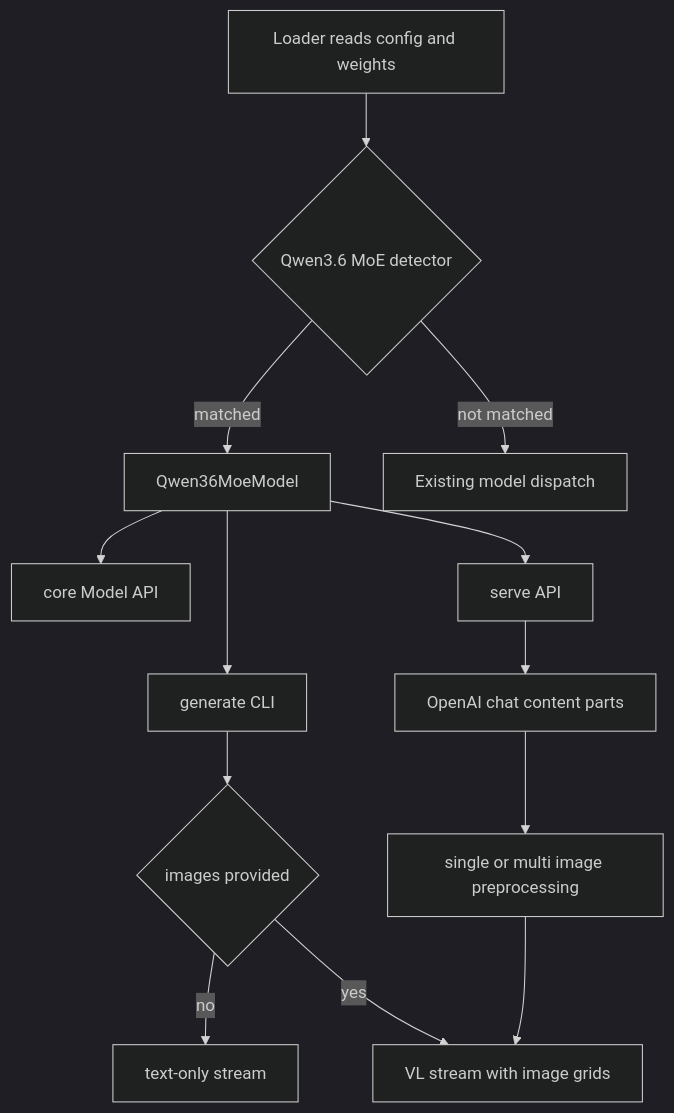
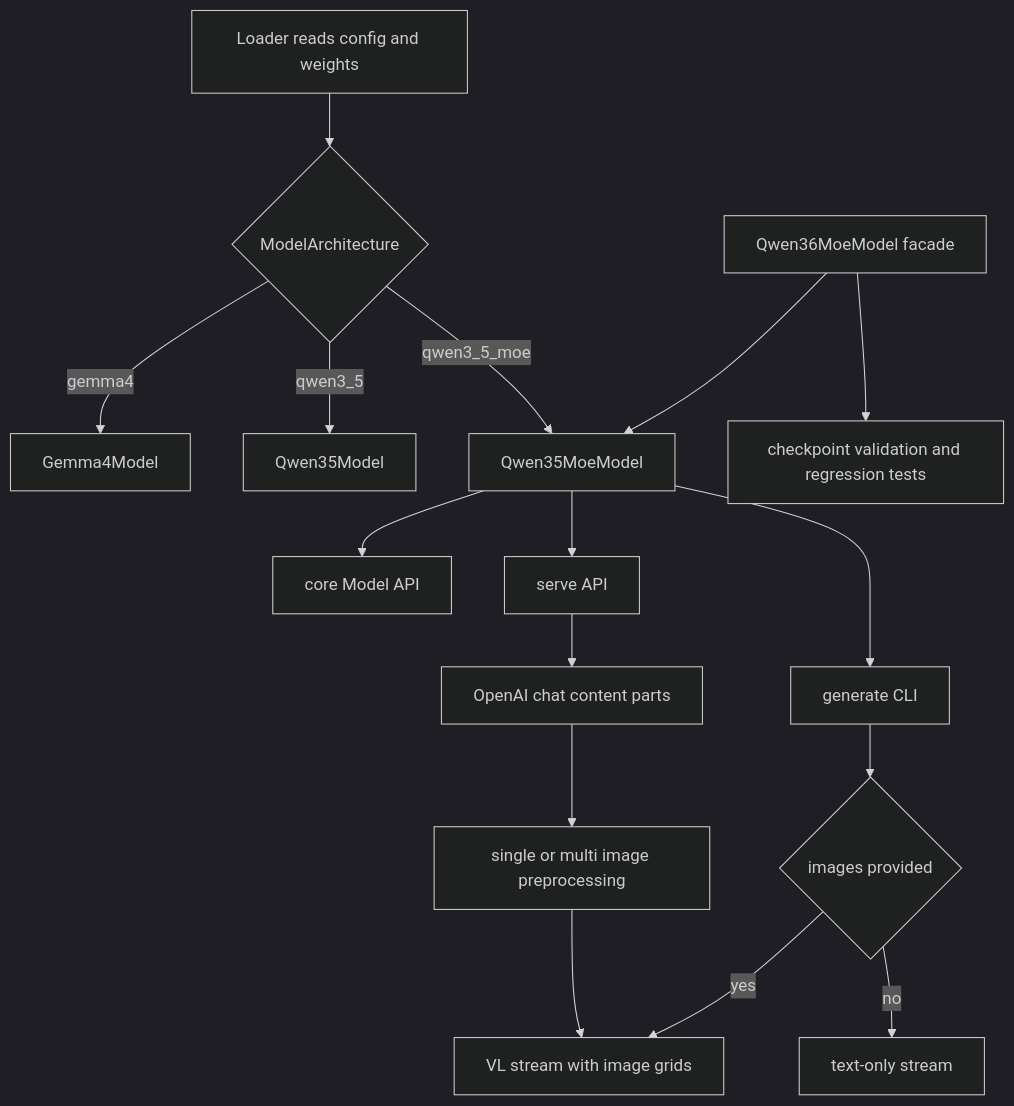
The diagram in docs/superpowers/specs/2026-05-28-qwen36-moe-product-design.md (apepkuss/ironmlx), drawn with Mermaid (dark theme) before and after one commit. The commit also changed other lines of this file and 34 other files, not shown here.

````diff
--- a/docs/superpowers/specs/2026-05-28-qwen36-moe-product-design.md
+++ b/docs/superpowers/specs/2026-05-28-qwen36-moe-product-design.md
@@ -51,15 +51,18 @@
 ```mermaid
 flowchart TD
-    A["Loader reads config and weights"] --> B{"Qwen3.6 MoE detector"}
-    B -- "matched" --> C["Qwen36MoeModel"]
-    B -- "not matched" --> D["Existing model dispatch"]
-    C --> E["core Model API"]
+    A["Loader reads config and weights"] --> B{"ModelArchitecture"}
+    B -- "qwen3_5_moe" --> C["Qwen35MoeModel"]
+    B -- "qwen3_5" --> D["Qwen35Model"]
+    B -- "gemma4" --> E["Gemma4Model"]
     C --> F["generate CLI"]
     C --> G["serve API"]
-    F --> H{"images provided"}
-    H -- "no" --> I["text-only stream"]
-    H -- "yes" --> J["VL stream with image grids"]
-    G --> K["OpenAI chat content parts"]
-    K --> L["single or multi image preprocessing"]
-    L --> J
+    C --> H["core Model API"]
+    I["Qwen36MoeModel facade"] --> J["checkpoint validation and regression tests"]
+    I --> C
+    F --> K{"images provided"}
+    K -- "no" --> L["text-only stream"]
+    K -- "yes" --> M["VL stream with image grids"]
+    G --> N["OpenAI chat content parts"]
+    N --> O["single or multi image preprocessing"]
+    O --> M
 ```
````
